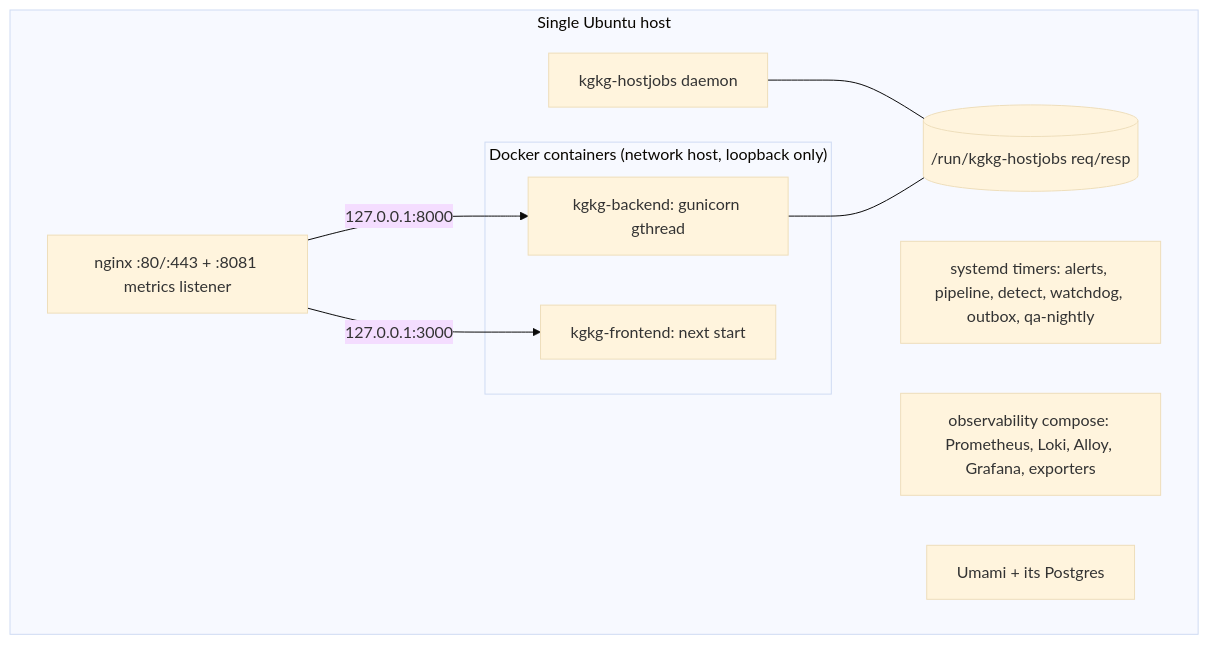
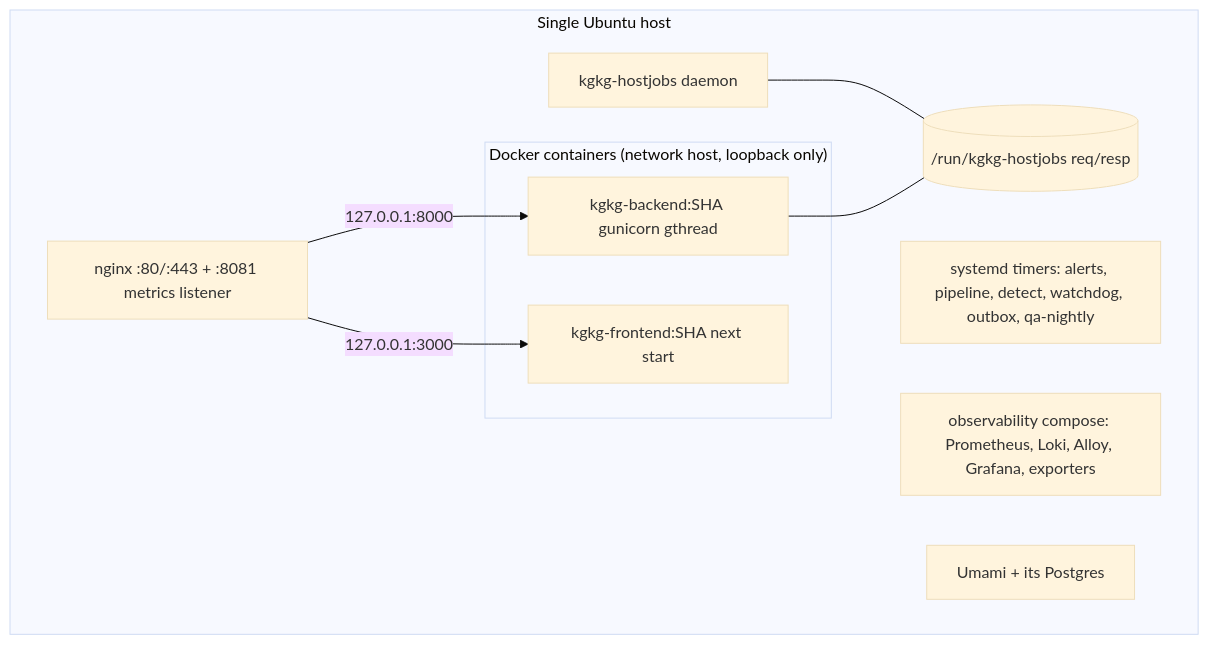
Before and after one commit to mjsn800403/KGKG: the second of 3 diagrams in docs/33-system-design.md, drawn with Mermaid (base theme). The commit also changed 11 other files, not shown here.

Commit message:
docs: final audit fixes (source paths, test count 112, mermaid labels) (refs #45)

````diff
--- a/docs/33-system-design.md
+++ b/docs/33-system-design.md
@@ -38,17 +38,17 @@
 ```mermaid
 flowchart TB
   subgraph Host["Single Ubuntu host"]
     NGX[nginx :80/:443 + :8081 metrics listener]
     subgraph C["Docker containers (network host, loopback only)"]
-      BEC[kgkg-backend:<sha> gunicorn gthread]
-      FEC[kgkg-frontend:<sha> next start]
+      BEC[kgkg-backend:SHA gunicorn gthread]
+      FEC[kgkg-frontend:SHA next start]
     end
     NGX -->|127.0.0.1:8000| BEC
     NGX -->|127.0.0.1:3000| FEC
     HJD[kgkg-hostjobs daemon] --- SPOOL[(/run/kgkg-hostjobs req/resp)]
     BEC --- SPOOL
     TM[systemd timers: alerts, pipeline, detect, watchdog, outbox, qa-nightly]
     OBS[observability compose: Prometheus, Loki, Alloy, Grafana, exporters]
     UM[Umami + its Postgres]
   end
 ```
````
